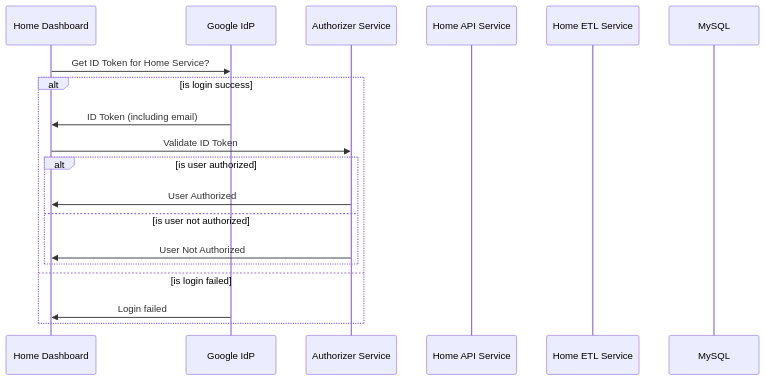
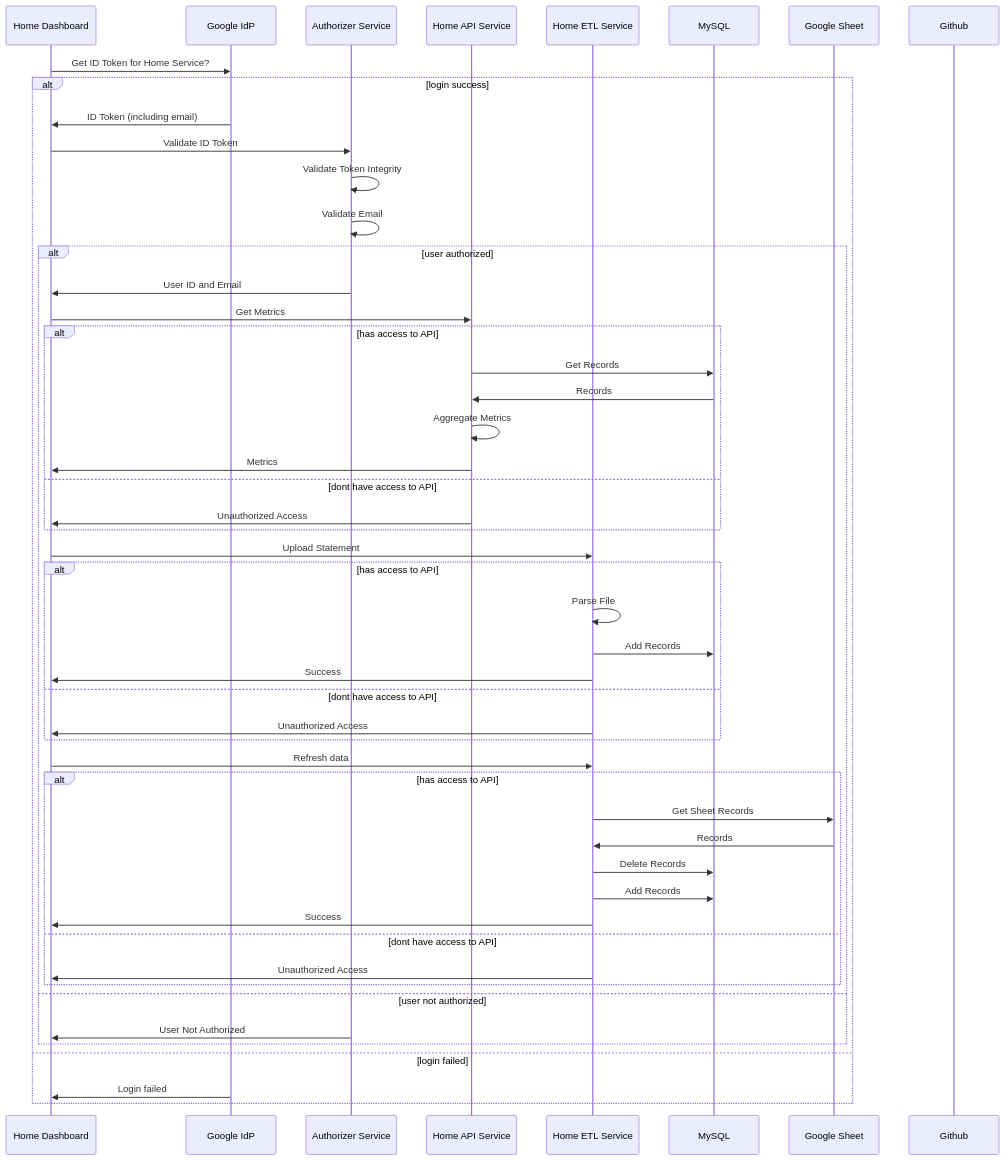
Before and after one commit to alokkusingh/home-dashboard: the diagram in README.md, drawn with Mermaid.

````diff
--- a/README.md
+++ b/README.md
@@ -55,21 +55,52 @@
 ```mermaid
 sequenceDiagram
   participant web as Home Dashboard
   participant idp as Google IdP
   participant authorizer as Authorizer Service
   participant homeapi as Home API Service
   participant homeetl as Home ETL Service
   participant db as MySQL
+  participant sheet as Google Sheet
+  participant backup as Github
   web->>idp: Get ID Token for Home Service?
-  alt is login success
+  alt login success
     idp->>web: ID Token (including email)
     web->>authorizer: Validate ID Token
-    alt is user authorized
-      authorizer->>web:User Authorized
-    else is user not authorized
+    authorizer->>authorizer: Validate Token Integrity
+    authorizer->>authorizer: Validate Email
+    alt user authorized
+      authorizer->>web:User ID and Email
+      web->>homeapi:Get Metrics
+      alt has access to API
+        homeapi->>db:Get Records
+        db->>homeapi:Records
+        homeapi->>homeapi:Aggregate Metrics
+        homeapi->>web:Metrics
+      else dont have access to API
+        homeapi->>web:Unauthorized Access
+      end
+      web->>homeetl:Upload Statement
+      alt has access to API
+        homeetl->>homeetl:Parse File
+        homeetl->>db:Add Records
+        homeetl->>web:Success
+      else dont have access to API
+        homeetl->>web:Unauthorized Access
+      end
+      web->>homeetl:Refresh data
+      alt has access to API
+        homeetl->>sheet:Get Sheet Records
+        sheet->>homeetl:Records
+        homeetl->>db:Delete Records
+        homeetl->>db:Add Records
+        homeetl->>web:Success
+      else dont have access to API
+        homeetl->>web:Unauthorized Access
+      end
+    else user not authorized
       authorizer->>web:User Not Authorized 
     end
-  else is login failed
+  else login failed
     idp->>web: Login failed
   end
 ```
````
